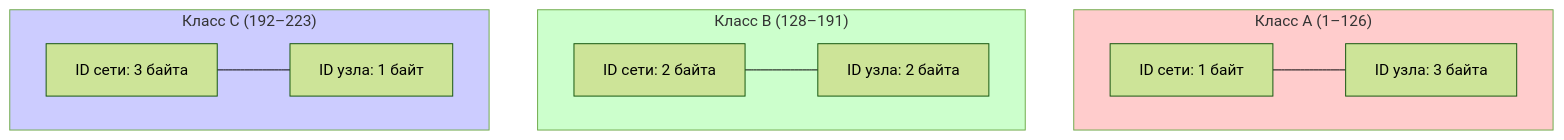
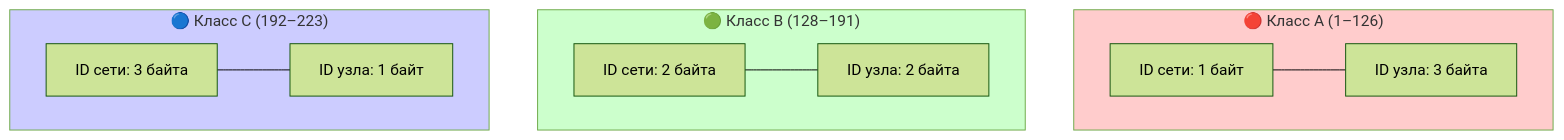
The second of 2 diagrams in semester_01/lesson_05/lecture_05.md (RuslanRinatovich/OP11_COMP_SETI), drawn with Mermaid (forest theme) before and after one commit. The commit also changed other lines of this file, not shown here.

````diff
--- a/semester_01/lesson_05/lecture_05.md
+++ b/semester_01/lesson_05/lecture_05.md
@@ -255,18 +275,18 @@
 ```mermaid
 flowchart TD
-    subgraph A["Класс A (1–126)"]
+    subgraph A["🔴 Класс A (1–126)"]
         A1["ID сети: 1 байт"] --- A2["ID узла: 3 байта"]
     end
     
-    subgraph B["Класс B (128–191)"]
+    subgraph B["🟢 Класс B (128–191)"]
         B1["ID сети: 2 байта"] --- B2["ID узла: 2 байта"]
     end
     
-    subgraph C["Класс C (192–223)"]
+    subgraph C["🔵 Класс C (192–223)"]
         C1["ID сети: 3 байта"] --- C2["ID узла: 1 байт"]
     end
     
     style A fill:#ffcccc
     style B fill:#ccffcc
     style C fill:#ccccff
 ```
````
